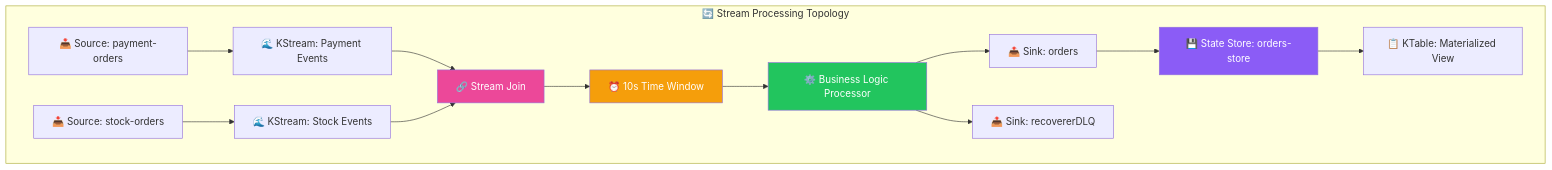
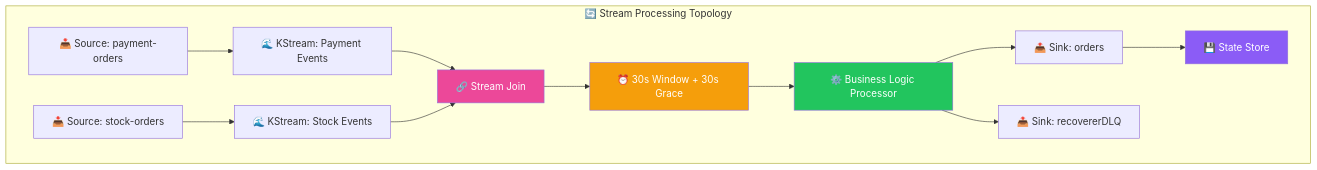
One commit to rajadilipkolli/spring-boot-microservices-series-v2 changed the first of 3 diagrams in order-service/docs/kafka-streams/01-fundamentals-and-architecture.md. Above: the diagram before and after it, drawn with Mermaid. The commit also changed other lines of this file and 51 other files, not shown here.

````diff
--- a/order-service/docs/kafka-streams/01-fundamentals-and-architecture.md
+++ b/order-service/docs/kafka-streams/01-fundamentals-and-architecture.md
@@ -26,40 +26,38 @@
 ```mermaid
 flowchart TD
     subgraph "🔄 Stream Processing Topology"
         SOURCE1[📥 Source: payment-orders]
         SOURCE2[📥 Source: stock-orders]
         
         STREAM1[🌊 KStream: Payment Events]
         STREAM2[🌊 KStream: Stock Events]
         
         JOIN[🔗 Stream Join]
-        WINDOW[⏰ 10s Time Window]
+        WINDOW[⏰ 30s Window + 30s Grace]
         
         PROCESSOR[⚙️ Business Logic Processor]
         
         SINK1[📤 Sink: orders]
         SINK2[📤 Sink: recovererDLQ]
         
-        STORE[💾 State Store: orders-store]
-        TABLE[📋 KTable: Materialized View]
+        STORE[💾 State Store]
     end
     
     SOURCE1 --> STREAM1
     SOURCE2 --> STREAM2
     
     STREAM1 --> JOIN
     STREAM2 --> JOIN
     JOIN --> WINDOW
     WINDOW --> PROCESSOR
     
     PROCESSOR --> SINK1
     PROCESSOR --> SINK2
     
     SINK1 --> STORE
-    STORE --> TABLE
     
     style JOIN fill:#ec4899,color:#ffffff
     style WINDOW fill:#f59e0b,color:#ffffff
     style PROCESSOR fill:#22c55e,color:#ffffff
     style STORE fill:#8b5cf6,color:#ffffff
 ```
````
